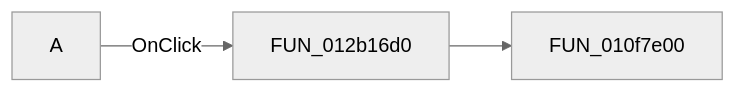
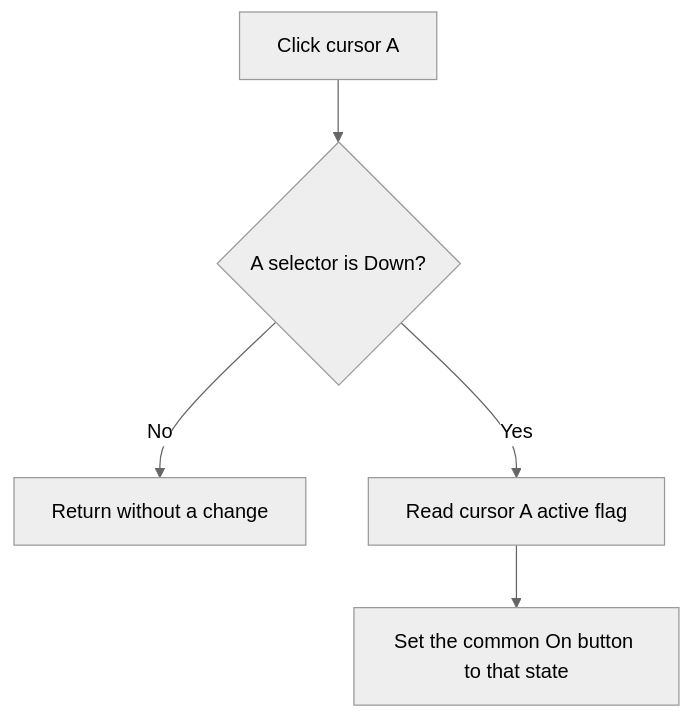
One commit to MovGP0/TIARA changed the diagram in docs/ui-controls/scopewin/fcursoraselectbtn-80d062f22b.md. Above: the diagram before and after it, drawn with Mermaid (neutral theme). The commit also changed other lines of this file and 1062 other files, not shown here.

````diff
--- a/docs/ui-controls/scopewin/fcursoraselectbtn-80d062f22b.md
+++ b/docs/ui-controls/scopewin/fcursoraselectbtn-80d062f22b.md
@@ -27,5 +29,7 @@
 ```mermaid
-flowchart LR
-    control["A"] -->|OnClick| handler["FUN_012b16d0"]
-    handler --> call1["FUN_010f7e00"]
+flowchart TD
+    control["Click cursor A"] --> selected{"A selector is Down?"}
+    selected -->|No| noAction["Return without a change"]
+    selected -->|Yes| active["Read cursor A active flag"]
+    active --> sync["Set the common On button to that state"]
 ```
````
